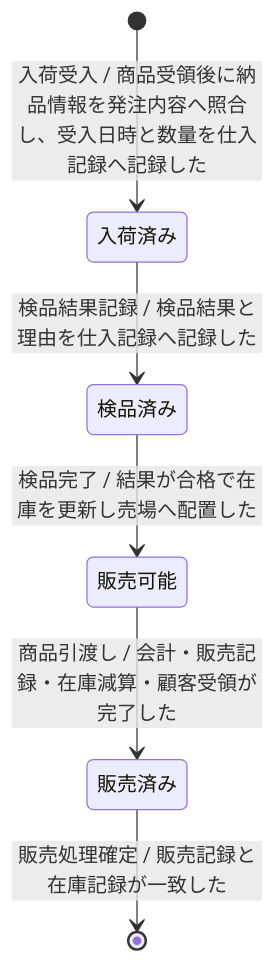
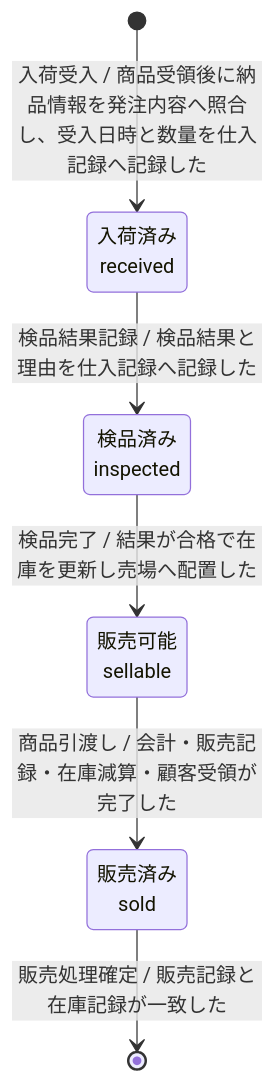
The first of 2 diagrams in docs/ja/specdojo/samples/stsd-sample.md (specdojo/specdojo), drawn with Mermaid before and after one commit. The commit also changed other lines of this file and 4 other files, not shown here.

Commit message:
exec(register PJR-SWRE): stsd-sample を新しい冒頭の章立てと図の表示名に合わせる

````diff
--- a/docs/ja/specdojo/samples/stsd-sample.md
+++ b/docs/ja/specdojo/samples/stsd-sample.md
@@ -39,12 +44,12 @@
 ```mermaid
 stateDiagram-v2
-  state "入荷済み" as received
-  state "検品済み" as inspected
-  state "販売可能" as sellable
-  state "販売済み" as sold
+  state "入荷済み<br>received" as received
+  state "検品済み<br>inspected" as inspected
+  state "販売可能<br>sellable" as sellable
+  state "販売済み<br>sold" as sold
   [*] --> received : 入荷受入 / 商品受領後に納品情報を発注内容へ照合し、受入日時と数量を仕入記録へ記録した
   received --> inspected : 検品結果記録 / 検品結果と理由を仕入記録へ記録した
   inspected --> sellable : 検品完了 / 結果が合格で在庫を更新し売場へ配置した
   sellable --> sold : 商品引渡し / 会計・販売記録・在庫減算・顧客受領が完了した
   sold --> [*] : 販売処理確定 / 販売記録と在庫記録が一致した
 ```
````
